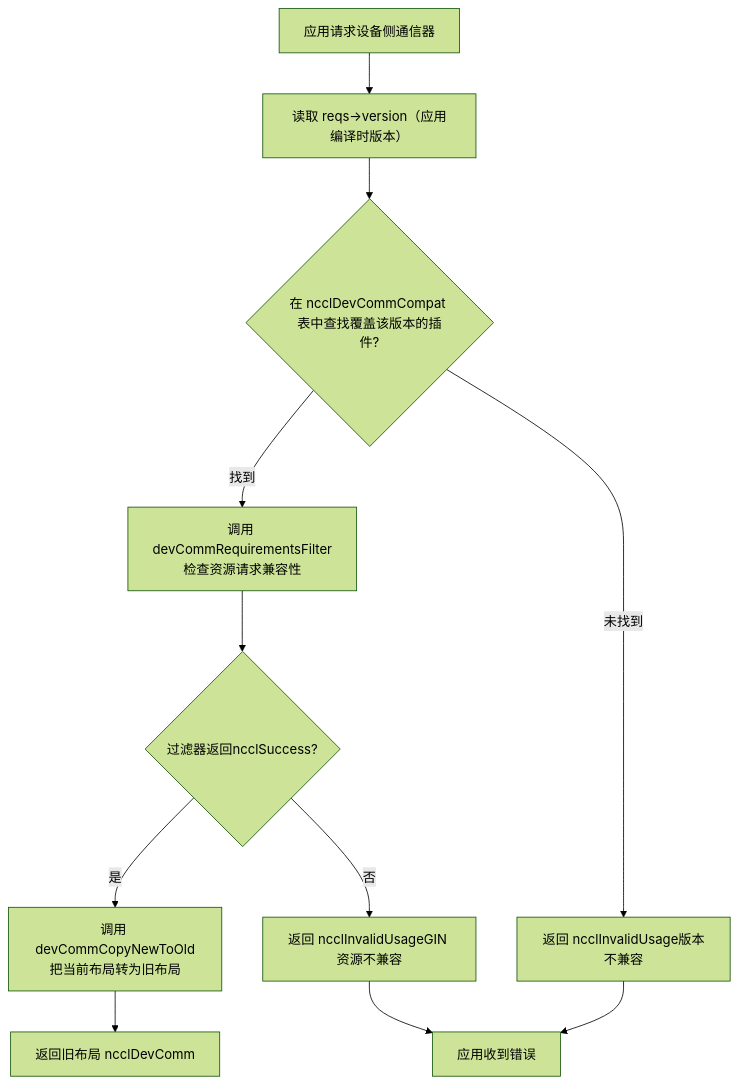
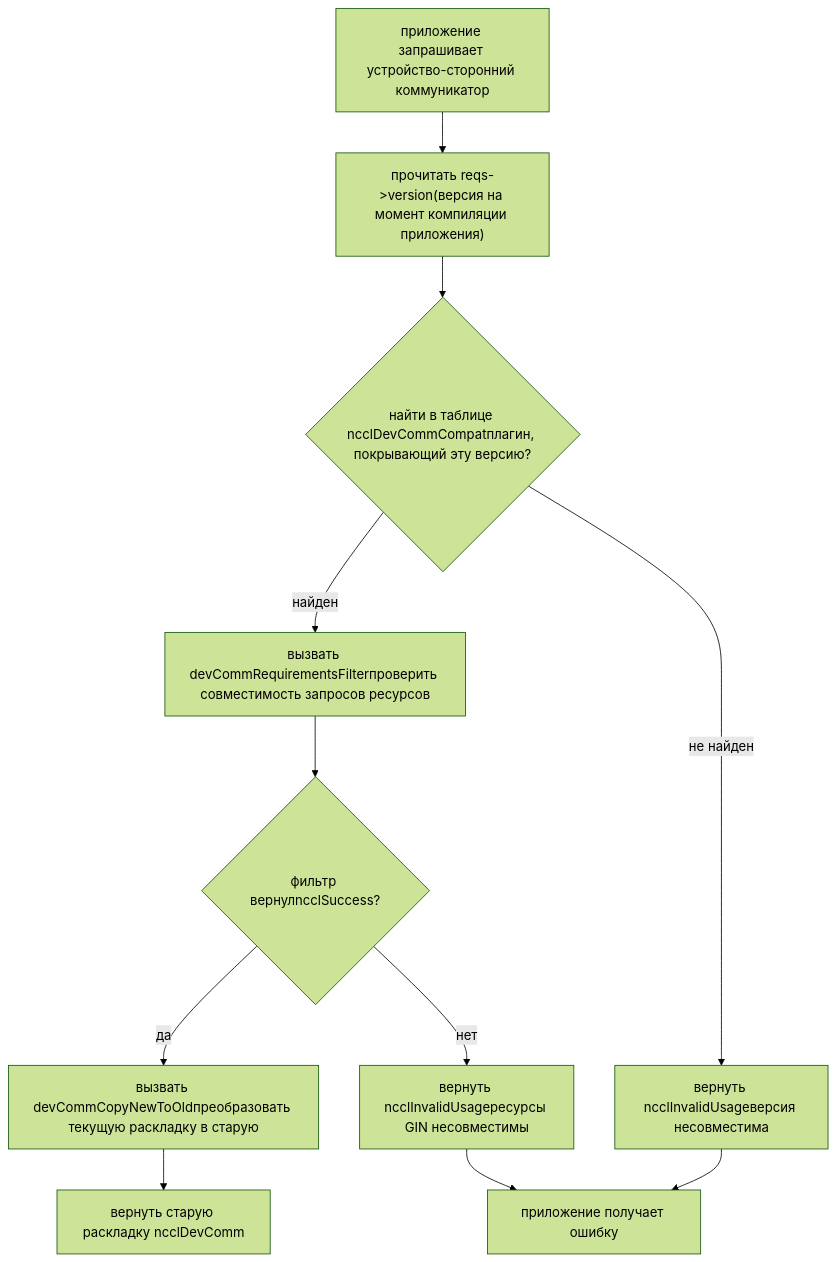
One commit to maleRjc/AiReadCodeBooks changed the first of 2 diagrams in books/nccl/ru/19-device-communication-abi-devcomm.md. Above: the diagram before and after it, drawn with Mermaid (forest theme). The commit also changed other lines of this file and 74 other files, not shown here.

````diff
--- a/books/nccl/ru/19-device-communication-abi-devcomm.md
+++ b/books/nccl/ru/19-device-communication-abi-devcomm.md
@@ -138,13 +140,13 @@
 ```mermaid
 flowchart TD
-    start["应用请求设备侧通信器"] --> read_ver["读取 reqs->version（应用编译时版本）"]
-    read_ver --> find_compat{"在 ncclDevCommCompat 表中查找覆盖该版本的插件?"}
-    find_compat -->|找到| check_filter["调用 devCommRequirementsFilter检查资源请求兼容性"]
-    find_compat -->|未找到| err_unsupported["返回 ncclInvalidUsage版本不兼容"]
-    check_filter --> filter_ok{"过滤器返回ncclSuccess?"}
-    filter_ok -->|是| copy_new_to_old["调用 devCommCopyNewToOld把当前布局转为旧布局"]
-    filter_ok -->|否| err_gin["返回 ncclInvalidUsageGIN 资源不兼容"]
-    copy_new_to_old --> done["返回旧布局 ncclDevComm"]
-    err_unsupported --> done_err["应用收到错误"]
+    start["приложение запрашивает устройство-сторонний коммуникатор"] --> read_ver["прочитать reqs->version(версия на момент компиляции приложения)"]
+    read_ver --> find_compat{"найти в таблице ncclDevCommCompatплагин, покрывающий эту версию?"}
+    find_compat -->|найден| check_filter["вызвать devCommRequirementsFilterпроверить совместимость запросов ресурсов"]
+    find_compat -->|не найден| err_unsupported["вернуть ncclInvalidUsageверсия несовместима"]
+    check_filter --> filter_ok{"фильтр вернулncclSuccess?"}
+    filter_ok -->|да| copy_new_to_old["вызвать devCommCopyNewToOldпреобразовать текущую раскладку в старую"]
+    filter_ok -->|нет| err_gin["вернуть ncclInvalidUsageресурсы GIN несовместимы"]
+    copy_new_to_old --> done["вернуть старую раскладку ncclDevComm"]
+    err_unsupported --> done_err["приложение получает ошибку"]
     err_gin --> done_err
 ```
````
